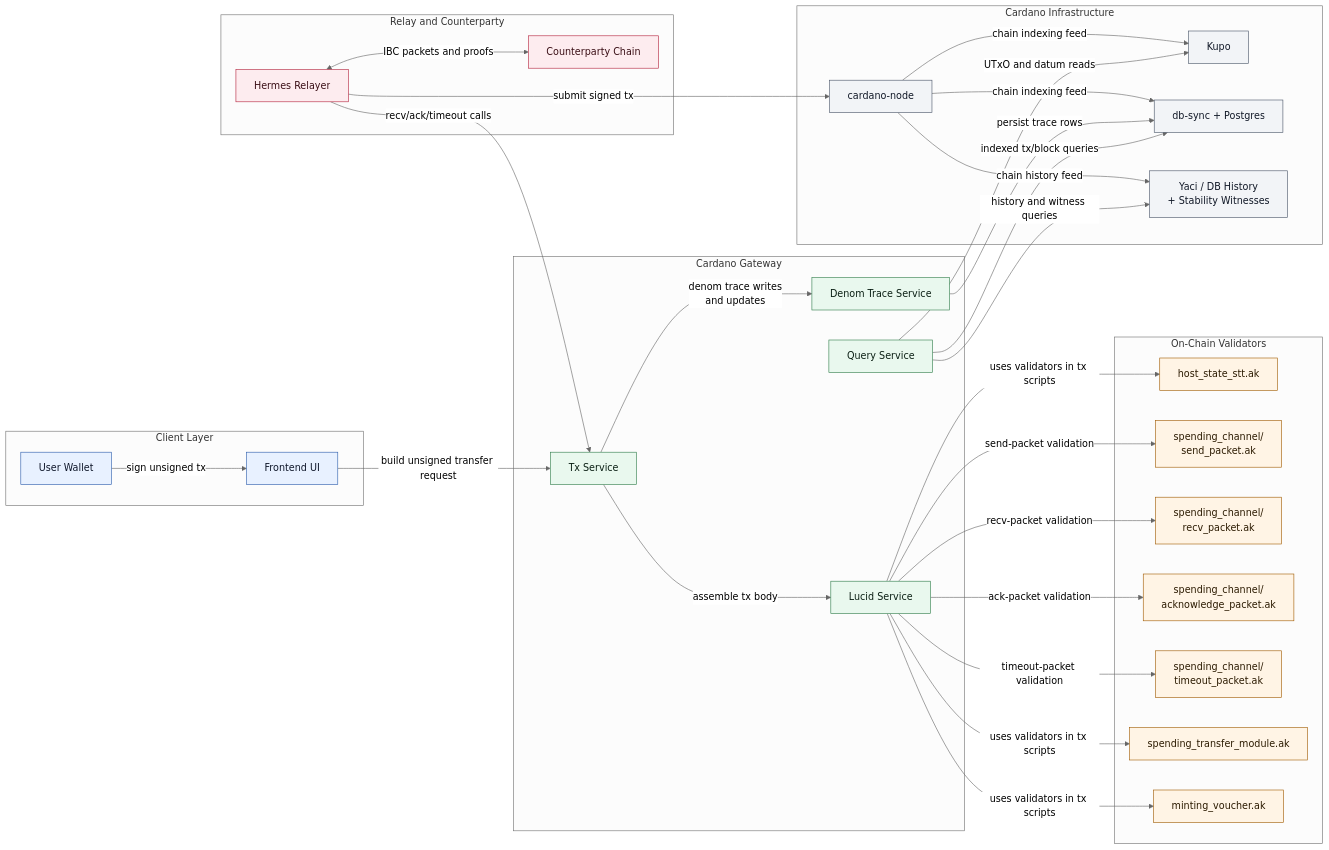
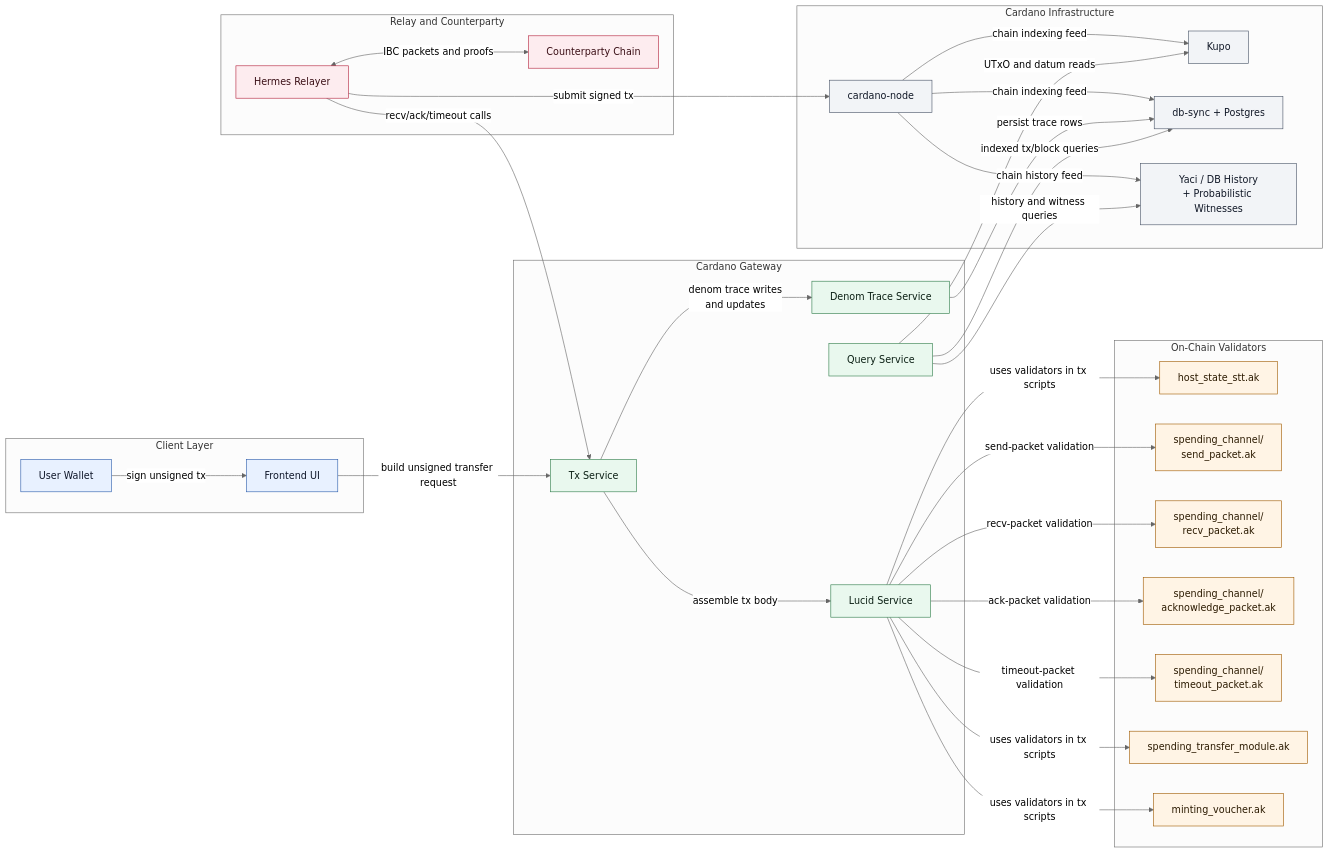
One commit to cardano-foundation/cardano-ibc-incubator changed the diagram in README.md. Above: the diagram before and after it, drawn with Mermaid (neutral theme). The commit also changed other lines of this file and 67 other files, not shown here.

Commit message:
refactor: rename stability light client to probabilistic

````diff
--- a/README.md
+++ b/README.md
@@ -63,73 +63,73 @@
 ```mermaid
 flowchart LR
   subgraph Client["Client Layer"]
     UI["Frontend UI"]
     UW["User Wallet"]
   end
 
   subgraph Gateway["Cardano Gateway"]
     TX["Tx Service"]
     QUERY["Query Service"]
     LUCID["Lucid Service"]
     TRACE["Denom Trace Service"]
   end
 
   subgraph OnChain["On-Chain Validators"]
     HOST["host_state_stt.ak"]
     CH_SEND["spending_channel/<br/>send_packet.ak"]
     CH_RECV["spending_channel/<br/>recv_packet.ak"]
     CH_ACK["spending_channel/<br/>acknowledge_packet.ak"]
     CH_TIMEOUT["spending_channel/<br/>timeout_packet.ak"]
     TRANSFER["spending_transfer_module.ak"]
     VOUCHER["minting_voucher.ak"]
   end
 
   subgraph CardanoInfra["Cardano Infrastructure"]
     NODE["cardano-node"]
     KUPO["Kupo"]
     DBSYNC["db-sync + Postgres"]
-    HISTORY["Yaci / DB History<br/>+ Stability Witnesses"]
+    HISTORY["Yaci / DB History<br/>+ Probabilistic Witnesses"]
   end
 
   subgraph Relay["Relay and Counterparty"]
     HERMES["Hermes Relayer"]
     COSMOS["Counterparty Chain"]
   end
 
   UI -->|"build unsigned transfer request"| TX
   UW -->|"sign unsigned tx"| UI
   TX -->|"assemble tx body"| LUCID
   LUCID -->|"uses validators in tx scripts"| HOST
   LUCID -->|"send-packet validation"| CH_SEND
   LUCID -->|"recv-packet validation"| CH_RECV
   LUCID -->|"ack-packet validation"| CH_ACK
   LUCID -->|"timeout-packet validation"| CH_TIMEOUT
   LUCID -->|"uses validators in tx scripts"| TRANSFER
   LUCID -->|"uses validators in tx scripts"| VOUCHER
 
   HERMES -->|"submit signed tx"| NODE
   HERMES -->|"recv/ack/timeout calls"| TX
   HERMES <-->|"IBC packets and proofs"| COSMOS
 
   QUERY -->|"UTxO and datum reads"| KUPO
   QUERY -->|"indexed tx/block queries"| DBSYNC
   QUERY -->|"history and witness queries"| HISTORY
   TX -->|"denom trace writes<br/>and updates"| TRACE
   TRACE -->|"persist trace rows"| DBSYNC
 
   NODE -->|"chain indexing feed"| KUPO
   NODE -->|"chain indexing feed"| DBSYNC
   NODE -->|"chain history feed"| HISTORY
 
   classDef client fill:#e8f1ff,stroke:#2b5cab,color:#0f172a
   classDef gateway fill:#e9f8ee,stroke:#2f7d4a,color:#0b1f14
   classDef onchain fill:#fff4e5,stroke:#a05a00,color:#2b1a00
   classDef infra fill:#f2f4f7,stroke:#4a5568,color:#111827
   classDef relay fill:#fdecef,stroke:#b4233d,color:#3a0f16
 
   class UI,UW client
   class TX,QUERY,LUCID,TRACE gateway
   class HOST,CH_SEND,CH_RECV,CH_ACK,CH_TIMEOUT,TRANSFER,VOUCHER onchain
   class NODE,KUPO,DBSYNC,HISTORY infra
   class HERMES,COSMOS relay
 ```
````
